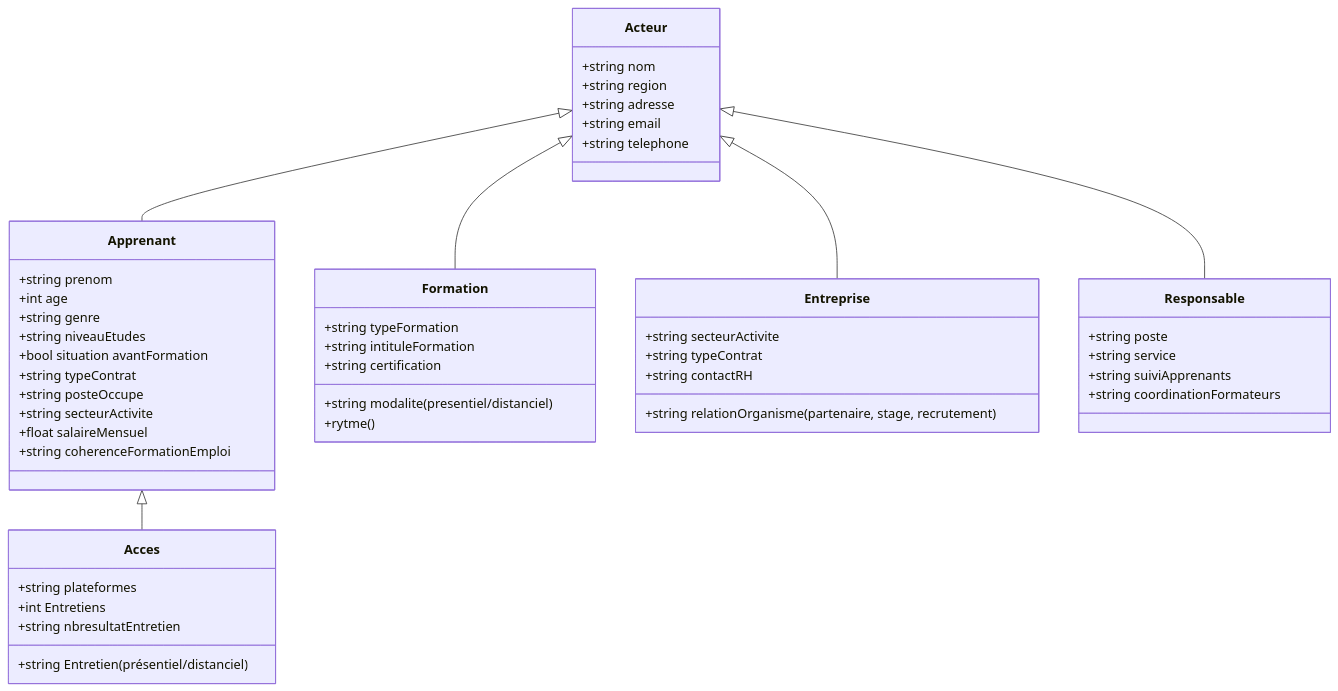
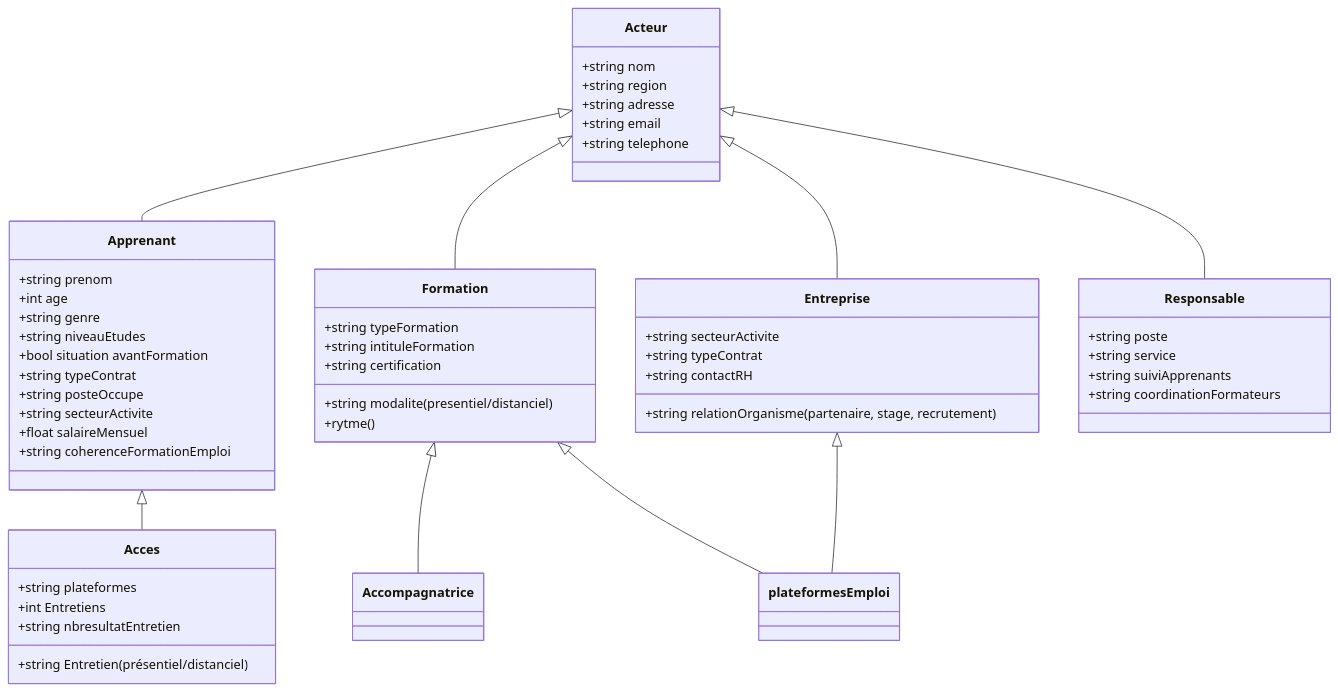
One commit to bouzidifatimazohra00-ux/inclusion-numerique-93 changed the diagram in acteurbouzidifatimazohra00.md. Above: the diagram before and after it, drawn with Mermaid.

````diff
--- a/acteurbouzidifatimazohra00.md
+++ b/acteurbouzidifatimazohra00.md
@@ -1,66 +1,68 @@
 ```mermaid
-
 classDiagram
     %% Héritage
     Acteur <|-- Apprenant
     Acteur <|-- Formation
     Acteur <|-- Entreprise
     Acteur <|-- Responsable
     Apprenant <|-- Acces 
+    Formation<|--Accompagnatrice
+    Entreprise<|--plateformesEmploi
+    Formation<|--plateformesEmploi
     %% Classe mère Acteur
     class Acteur {
                 
         +string nom
         +string region
         +string adresse
         +string email
         +string telephone
 
     }
 
     %% Classe Apprenant
     class Apprenant {
         +string prenom
         +int age
         +string genre
         +string niveauEtudes
         +bool situation avantFormation
         +string typeContrat
         +string posteOccupe
         +string secteurActivite
         +float salaireMensuel
         +string coherenceFormationEmploi
 
     }
       %% Nouvelle Classe Acces
     class Acces{
         +string plateformes
         +int Entretiens
         +string Entretien (présentiel/distanciel)
         +string nbresultatEntretien}
 
     %% Classe Formation
     class Formation {
      +string typeFormation
         +string intituleFormation
         +string certification
         +string modalite (presentiel/distanciel)
         +rytme ()
     }
 
     %% Classe Entreprise
     class Entreprise {
         +string secteurActivite
         +string typeContrat
         +string relationOrganisme (partenaire, stage, recrutement)
         +string contactRH
     }
 
     %% Classe Responsable
     class Responsable {
         +string poste
         +string service
         +string suiviApprenants
         +string coordinationFormateurs
     }
 ```
````
